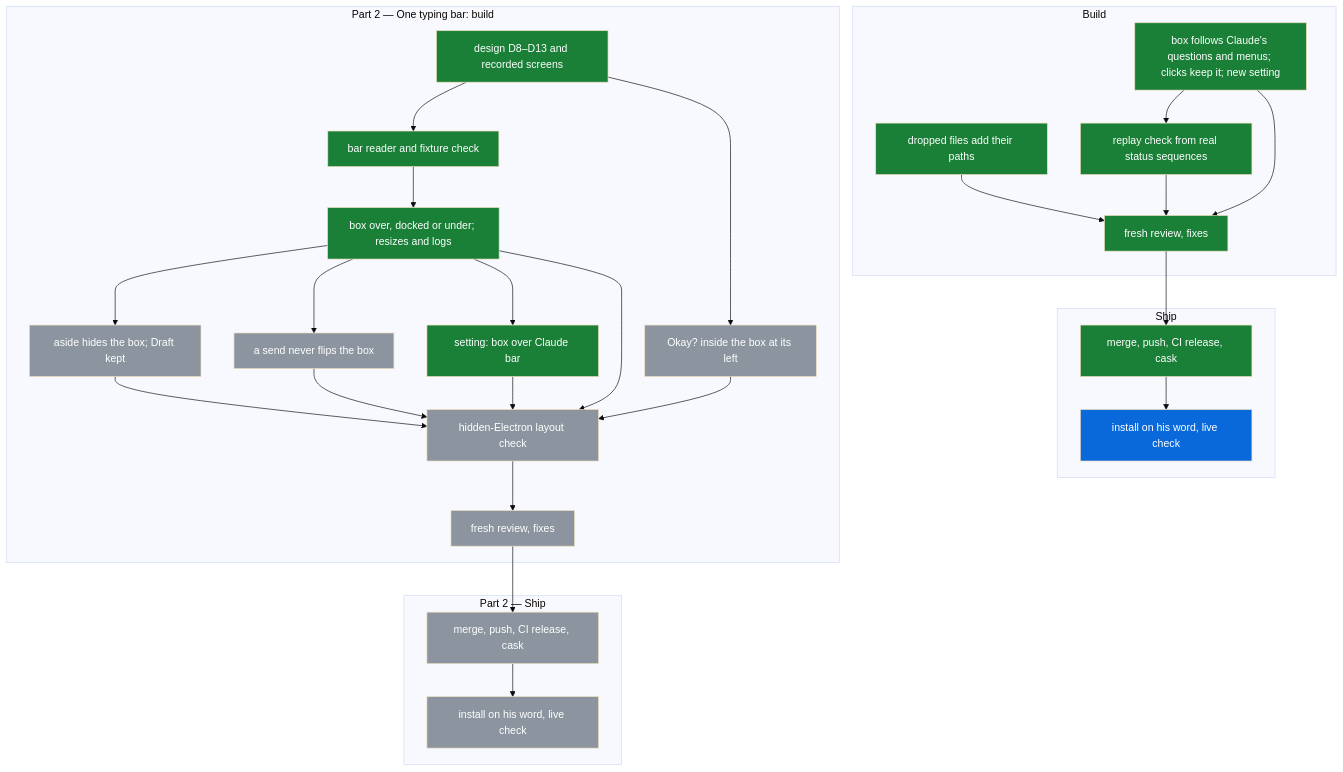
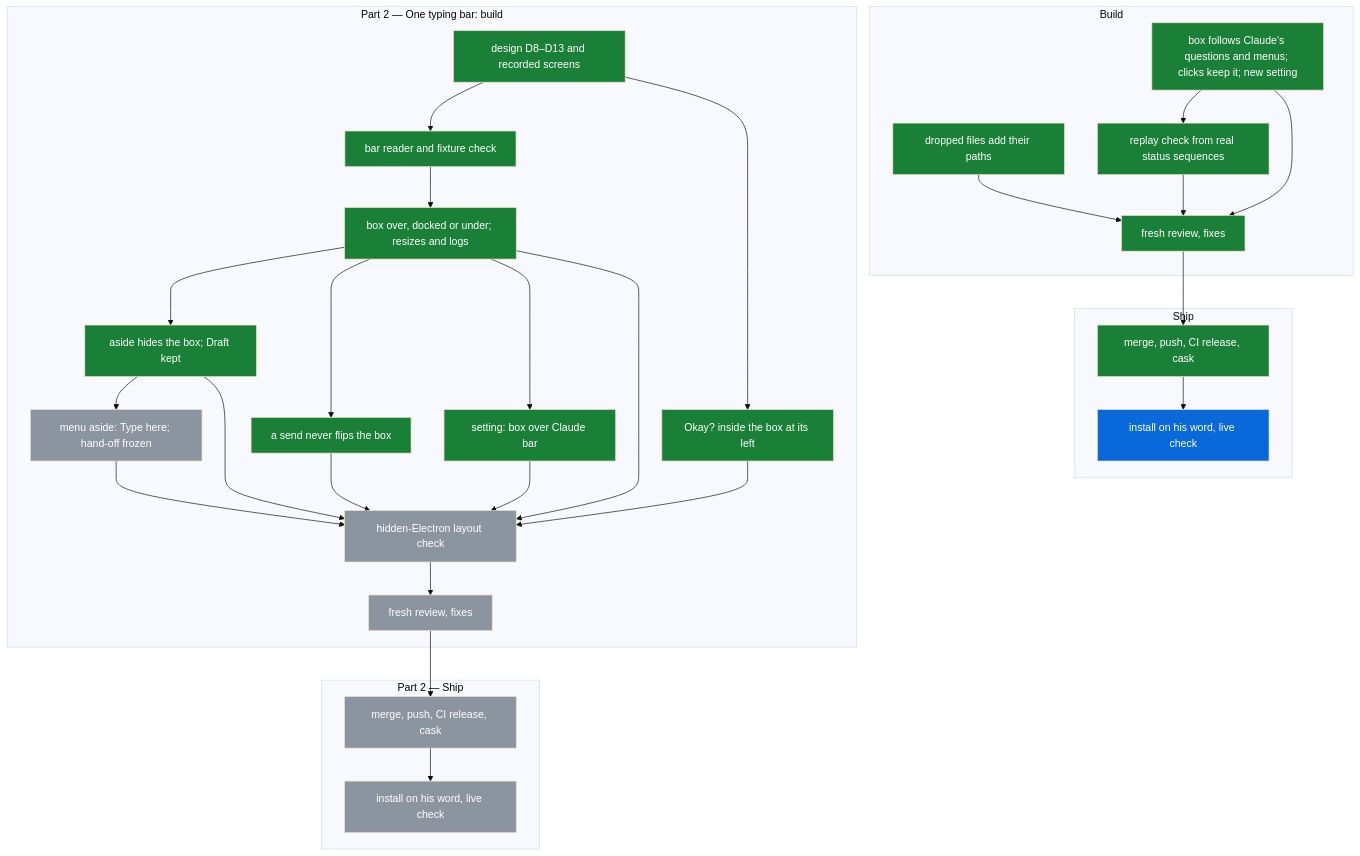
The diagram in docs/compose-box.md (michaeljryoung/patton), drawn with Mermaid (base theme) before and after one commit. The commit also changed other lines of this file, not shown here.

Commit message:
Compose box D10: Type here during a menu aside, hand-off frozen during an aside; map statuses (S58)

````diff
--- a/docs/compose-box.md
+++ b/docs/compose-box.md
@@ -11,54 +11,57 @@
 ```mermaid
 flowchart TD
   subgraph B["Build"]
     box_core[box follows Claude's questions and menus; clicks keep it; new setting]:::done
     box_drop[dropped files add their paths]:::done
     box_replay[replay check from real status sequences]:::done
     box_review[fresh review, fixes]:::done
   end
   subgraph S["Ship"]
     box_release[merge, push, CI release, cask]:::done
     box_ship[install on his word, live check]:::live
   end
   subgraph O["Part 2 — One typing bar: build"]
     bar_design[design D8–D13 and recorded screens]:::done
     bar_reader[bar reader and fixture check]:::done
     bar_placement[box over, docked or under; resizes and logs]:::done
-    send_no_flip[a send never flips the box]:::todo
-    bar_aside[aside hides the box; Draft kept]:::todo
-    okay_in_box[Okay? inside the box at its left]:::todo
+    send_no_flip[a send never flips the box]:::done
+    bar_aside[aside hides the box; Draft kept]:::done
+    aside_fixes[menu aside: Type here; hand-off frozen]:::todo
+    okay_in_box[Okay? inside the box at its left]:::done
     over_setting[setting: box over Claude bar]:::done
     bar_layout_check[hidden-Electron layout check]:::todo
     bar_review[fresh review, fixes]:::todo
   end
   subgraph OS["Part 2 — Ship"]
     bar_release[merge, push, CI release, cask]:::todo
     bar_ship[install on his word, live check]:::todo
   end
   box_core --> box_replay
   box_core --> box_review
   box_drop --> box_review
   box_replay --> box_review
   box_review --> box_release
   box_release --> box_ship
   bar_design --> bar_reader
   bar_reader --> bar_placement
   bar_placement --> bar_aside
+  bar_aside --> aside_fixes
+  aside_fixes --> bar_layout_check
   bar_placement --> send_no_flip
   send_no_flip --> bar_layout_check
   bar_design --> okay_in_box
   bar_placement --> over_setting
   bar_placement --> bar_layout_check
   bar_aside --> bar_layout_check
   okay_in_box --> bar_layout_check
   over_setting --> bar_layout_check
   bar_layout_check --> bar_review
   bar_review --> bar_release
   bar_release --> bar_ship
   classDef done fill:#1a7f37,color:#fff
   classDef live fill:#0969da,color:#fff
   classDef todo fill:#8c959f,color:#fff
   classDef blocked fill:#cf222e,color:#fff
   classDef dropped fill:#eaeef2,color:#57606a
   classDef superseded fill:#eaeef2,color:#57606a
 ```
````
